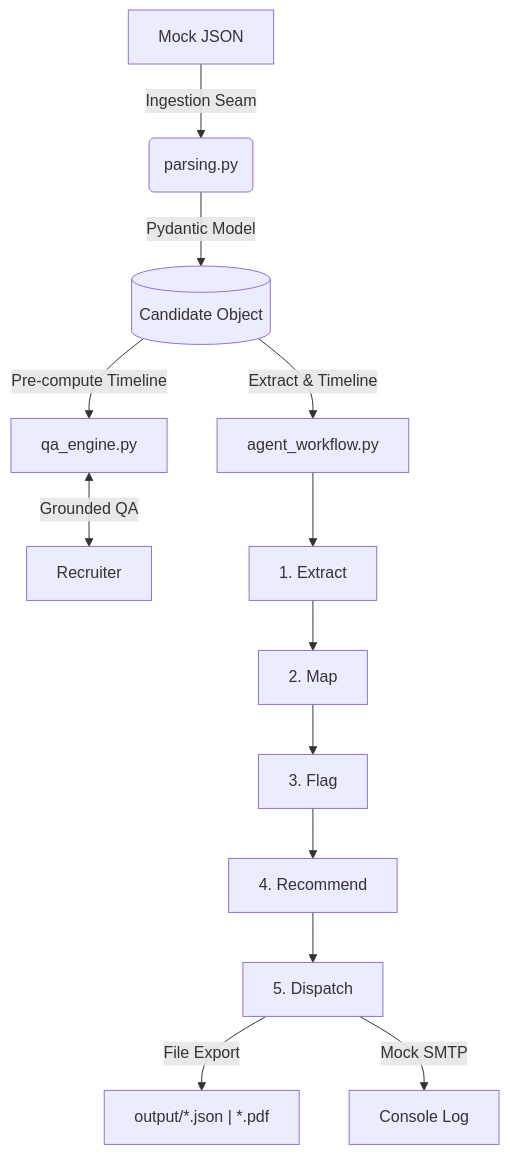
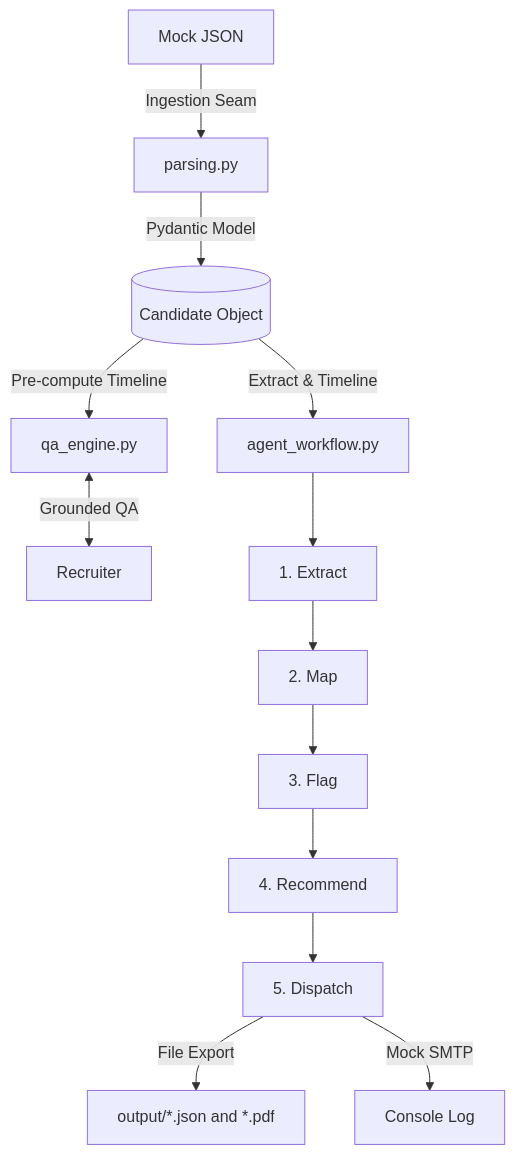
One commit to prvcds/resumeiq-agentic-pipeline changed the diagram in README.md. Above: the diagram before and after it, drawn with Mermaid.

Commit message:
Fix Mermaid diagram rendering

````diff
--- a/README.md
+++ b/README.md
@@ -9,18 +9,15 @@
 ```mermaid
 flowchart TD
-    A[Mock JSON] -->|Ingestion Seam| B(parsing.py)
-    B -->|Pydantic Model| C[(Candidate Object)]
-    
-    C -->|Pre-compute Timeline| D[qa_engine.py]
+    A["Mock JSON"] -->|Ingestion Seam| B["parsing.py"]
+    B -->|Pydantic Model| C[("Candidate Object")]
+    C -->|Pre-compute Timeline| D["qa_engine.py"]
     D <-->|Grounded QA| Recruiter
-    
-    C -->|Extract & Timeline| E[agent_workflow.py]
-    E --> F[1. Extract]
-    F --> G[2. Map]
-    G --> H[3. Flag]
-    H --> I[4. Recommend]
-    I --> J[5. Dispatch]
-    
-    J -->|File Export| K["output/*.json | *.pdf"]
-    J -->|Mock SMTP| L[Console Log]
+    C -->|Extract & Timeline| E["agent_workflow.py"]
+    E --> F["1. Extract"]
+    F --> G["2. Map"]
+    G --> H["3. Flag"]
+    H --> I["4. Recommend"]
+    I --> J["5. Dispatch"]
+    J -->|File Export| K["output/*.json and *.pdf"]
+    J -->|Mock SMTP| L["Console Log"]
 ```
````
